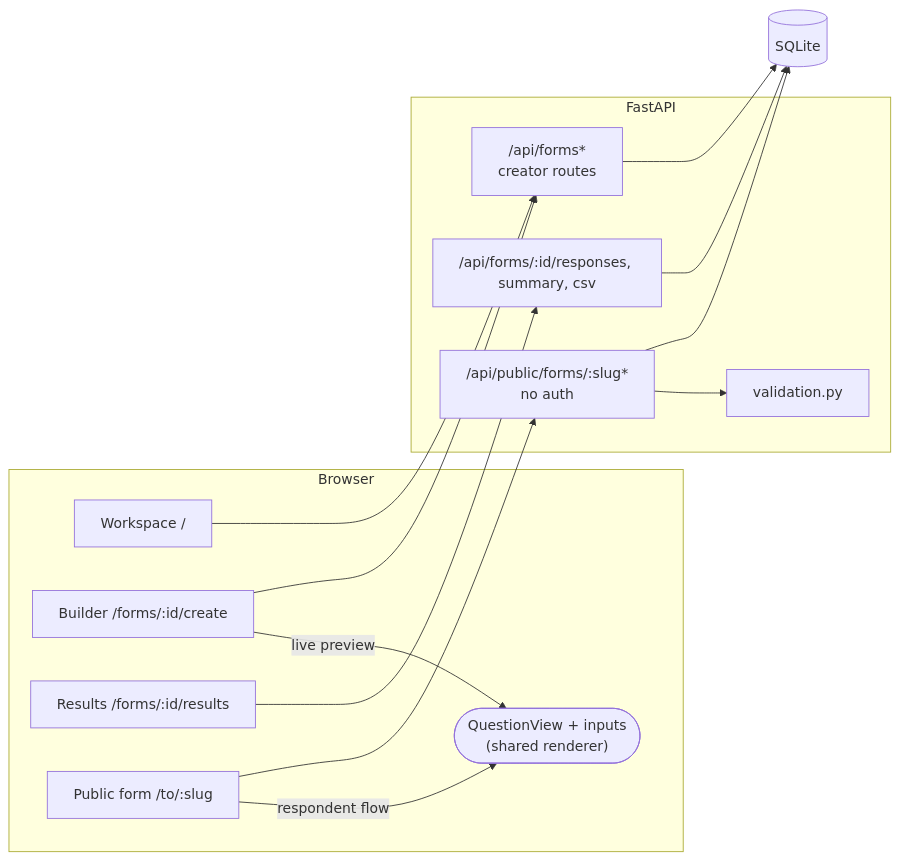
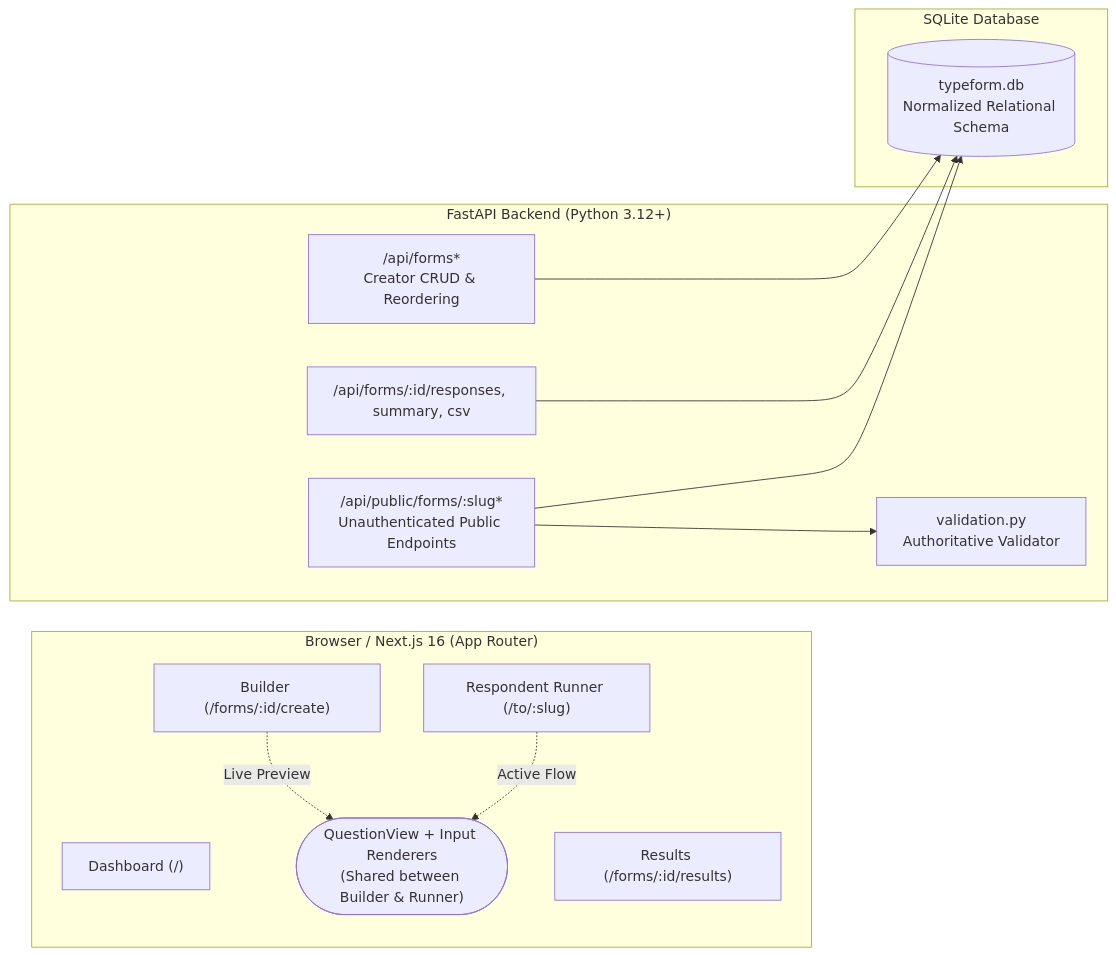
Before and after one commit to anupriya1810/typeform-clone: the first of 2 diagrams in README.md, drawn with Mermaid. The commit also changed other lines of this file and 1 other file, not shown here.

````diff
--- a/README.md
+++ b/README.md
@@ -90,24 +76,27 @@
 ```mermaid
 flowchart LR
-  subgraph Browser
-    WS["Workspace /"]
-    B["Builder /forms/:id/create"]
-    R["Results /forms/:id/results"]
-    P["Public form /to/:slug"]
-    QV(["QuestionView + inputs<br/>(shared renderer)"])
-    B -- live preview --> QV
-    P -- respondent flow --> QV
+  subgraph Client ["Browser / Next.js 16 (App Router)"]
+    WS["Dashboard (/)"]
+    B["Builder (/forms/:id/create)"]
+    R["Results (/forms/:id/results)"]
+    P["Respondent Runner (/to/:slug)"]
+    QV(["QuestionView + Input Renderers<br/>(Shared between Builder & Runner)"])
+    B -. Live Preview .-> QV
+    P -. Active Flow .-> QV
   end
-  subgraph "FastAPI"
-    F["/api/forms*<br/>creator routes"]
+
+  subgraph Server ["FastAPI Backend (Python 3.12+)"]
+    F["/api/forms*<br/>Creator CRUD & Reordering"]
     RS["/api/forms/:id/responses, summary, csv"]
-    PU["/api/public/forms/:slug*<br/>no auth"]
-    V["validation.py"]
+    PU["/api/public/forms/:slug*<br/>Unauthenticated Public Endpoints"]
+    V["validation.py<br/>Authoritative Validator"]
     PU --> V
   end
-  DB[("SQLite")]
-  WS & B --> F
-  R --> RS
-  P --> PU
-  F & RS & PU --> DB
+
+  subgraph Storage ["SQLite Database"]
+    DB[("typeform.db<br/>Normalized Relational Schema")]
+    F --> DB
+    RS --> DB
+    PU --> DB
+  end
 ```
````
